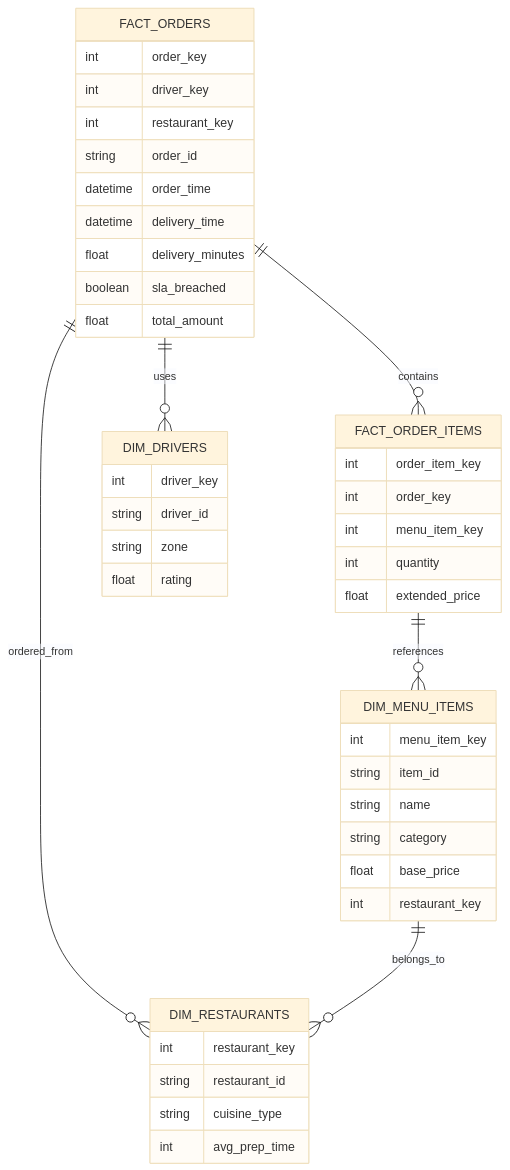
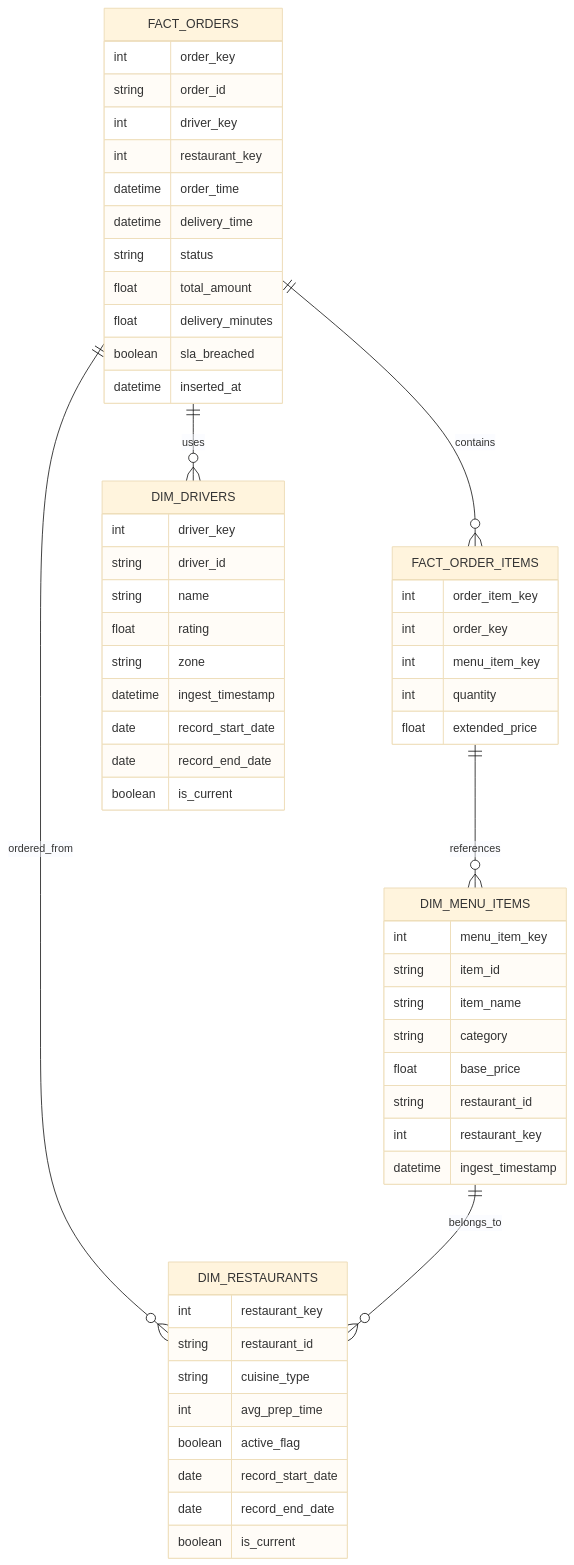
One commit to Rimidelo/BigData-mid-new changed the diagram in tables.md. Above: the diagram before and after it, drawn with Mermaid (base theme). The commit also changed 1 other file, not shown here.

Commit message:
updated tables

````diff
--- a/tables.md
+++ b/tables.md
@@ -1,53 +1,67 @@
 ```mermaid
 erDiagram
     FACT_ORDERS ||--o{ FACT_ORDER_ITEMS : contains
     FACT_ORDERS ||--o{ DIM_DRIVERS : uses
     FACT_ORDERS ||--o{ DIM_RESTAURANTS : ordered_from
     FACT_ORDER_ITEMS ||--o{ DIM_MENU_ITEMS : references
     DIM_MENU_ITEMS ||--o{ DIM_RESTAURANTS : belongs_to
 
     FACT_ORDERS {
         int order_key
+        string order_id
         int driver_key
         int restaurant_key
-        string order_id
         datetime order_time
         datetime delivery_time
+        string status
+        float total_amount
         float delivery_minutes
         boolean sla_breached
-        float total_amount
+        datetime inserted_at
     }
 
     FACT_ORDER_ITEMS {
         int order_item_key
         int order_key
         int menu_item_key
         int quantity
         float extended_price
     }
 
     DIM_DRIVERS {
         int driver_key
         string driver_id
+        string name
+        float rating
         string zone
-        float rating
+        datetime ingest_timestamp
+        date record_start_date
+        date record_end_date
+        boolean is_current
     }
 
     DIM_RESTAURANTS {
         int restaurant_key
         string restaurant_id
         string cuisine_type
         int avg_prep_time
+        boolean active_flag
+        date record_start_date
+        date record_end_date
+        boolean is_current
     }
 
     DIM_MENU_ITEMS {
         int menu_item_key
         string item_id
-        string name
+        string item_name
         string category
         float base_price
+        string restaurant_id
         int restaurant_key
+        datetime ingest_timestamp
     }
 
 
+
 ```
````
